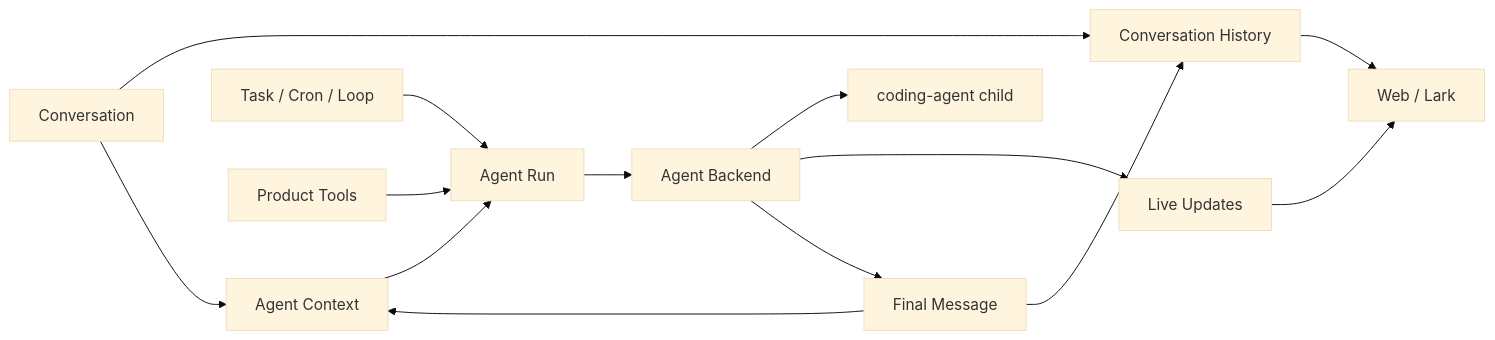
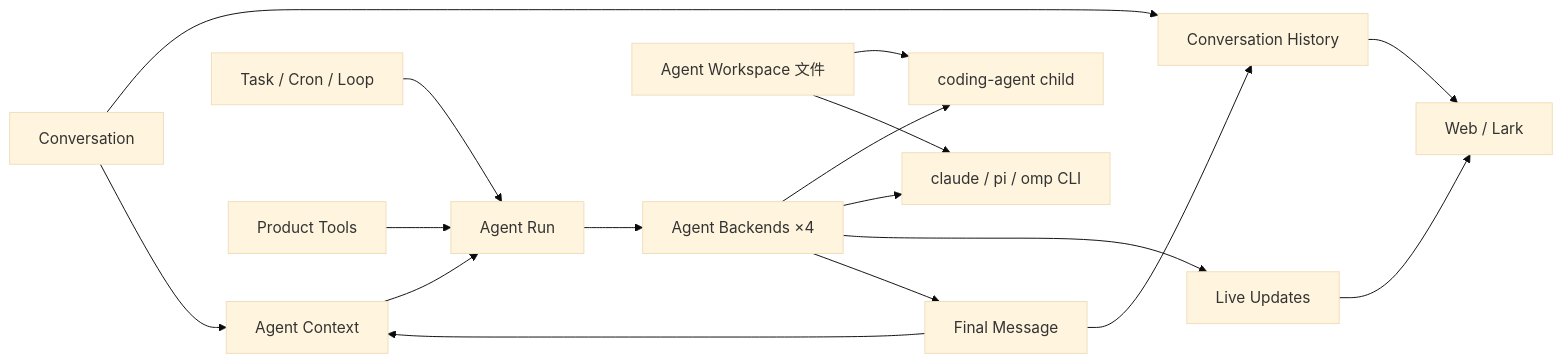
One commit to Chengchcc/my-agent-dev changed the first of 3 diagrams in docs/architecture/map.md. Above: the diagram before and after it, drawn with Mermaid (base theme). The commit also changed 161 other files, not shown here.

First line of the commit message:
feat(agent): workspace layout + resource bridge + unified product tools (#4)

````diff
--- a/docs/architecture/map.md
+++ b/docs/architecture/map.md
@@ -7,16 +7,19 @@
 ```mermaid
 flowchart LR
   Conversation[Conversation] --> History[Conversation History]
   Conversation --> Context[Agent Context]
   Context --> Run[Agent Run]
   Automation[Task / Cron / Loop] --> Run
   Tools[Product Tools] --> Run
-  Run --> Backend[Agent Backend]
+  Run --> Backend[Agent Backends ×4]
   Backend --> Child[coding-agent child]
+  Backend --> Cli[claude / pi / omp CLI]
+  Workspace[Agent Workspace 文件] --> Child
+  Workspace --> Cli
   Backend --> Updates[Live Updates]
   Backend --> Message[Final Message]
   Message --> History
   Message --> Context
   History --> Web[Web / Lark]
   Updates --> Web
 ```
````
